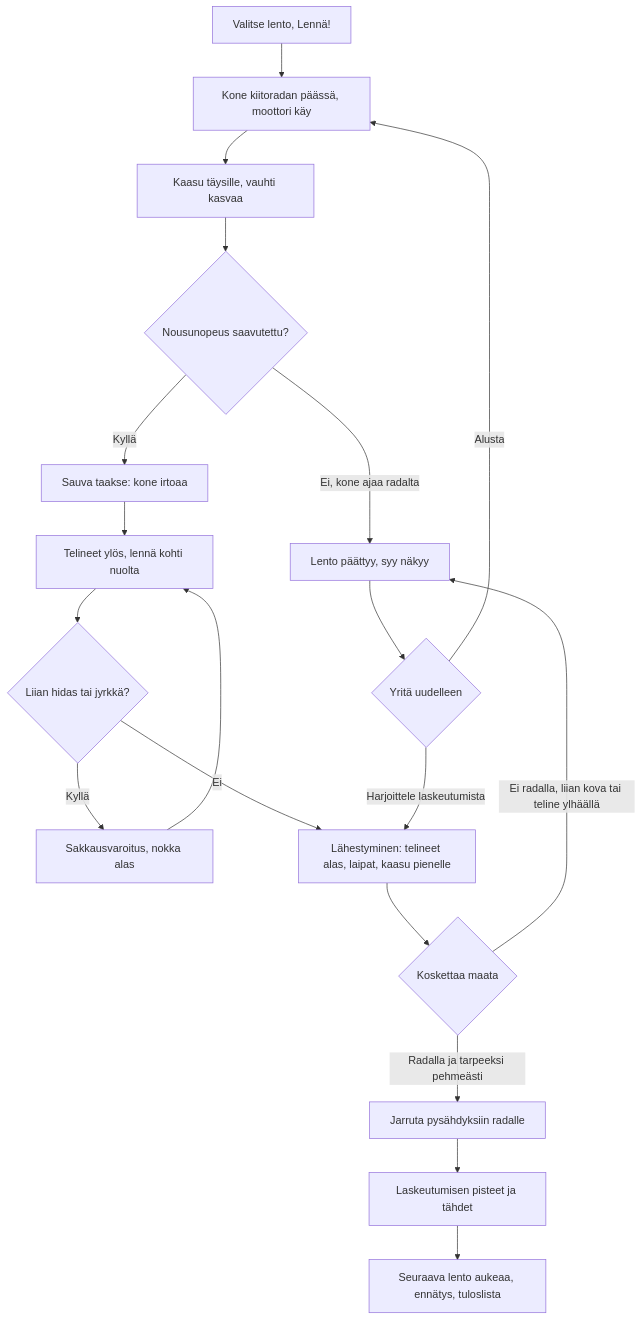
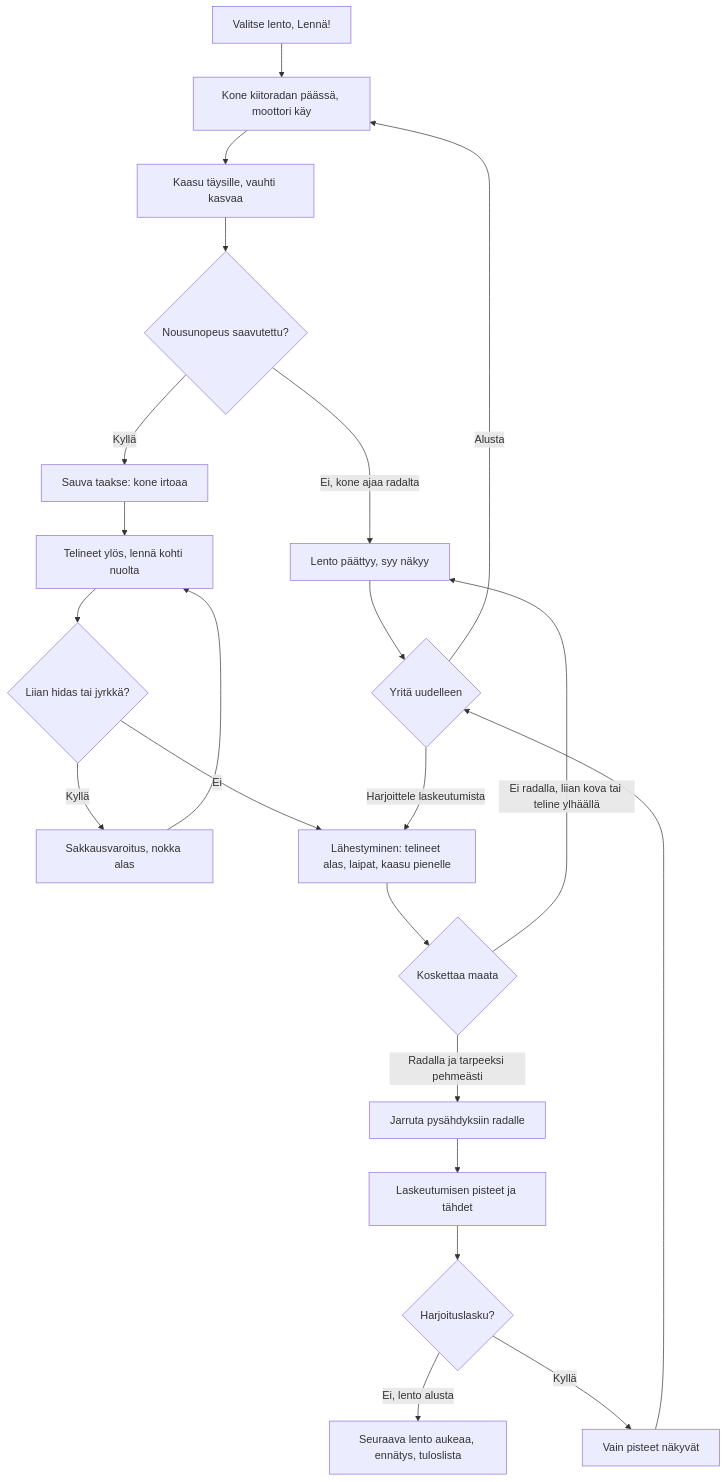
Before and after one commit to eerovil/ai-pelit: the diagram in docs/diagrams/lentokone.md, drawn with Mermaid. The commit also changed other lines of this file and 2 other files, not shown here.

````diff
--- a/docs/diagrams/lentokone.md
+++ b/docs/diagrams/lentokone.md
@@ -8,25 +8,28 @@
 ```mermaid
 flowchart TD
   A[Valitse lento, Lennä!] --> B[Kone kiitoradan päässä, moottori käy]
   B --> C[Kaasu täysille, vauhti kasvaa]
   C --> D{Nousunopeus saavutettu?}
   D -- Ei, kone ajaa radalta --> X[Lento päättyy, syy näkyy]
   D -- Kyllä --> E[Sauva taakse: kone irtoaa]
   E --> F[Telineet ylös, lennä kohti nuolta]
   F --> G{Liian hidas tai jyrkkä?}
   G -- Kyllä --> H[Sakkausvaroitus, nokka alas]
   H --> F
   G -- Ei --> I[Lähestyminen: telineet alas, laipat, kaasu pienelle]
   I --> J{Koskettaa maata}
   J -- Ei radalla, liian kova tai teline ylhäällä --> X
   J -- Radalla ja tarpeeksi pehmeästi --> K[Jarruta pysähdyksiin radalle]
   K --> L[Laskeutumisen pisteet ja tähdet]
-  L --> M[Seuraava lento aukeaa, ennätys, tuloslista]
+  L --> O{Harjoituslasku?}
+  O -- Ei, lento alusta --> M[Seuraava lento aukeaa, ennätys, tuloslista]
+  O -- Kyllä --> P[Vain pisteet näkyvät]
+  P --> N
   X --> N{Yritä uudelleen}
   N -- Alusta --> B
   N -- Harjoittele laskeutumista --> I
   class A,B,C,E,F,I,K blue
-  class D,G,J,N amber
+  class D,G,J,N,O amber
   class H,X rose
-  class L,M green
+  class L,M,P green
 ```
````
